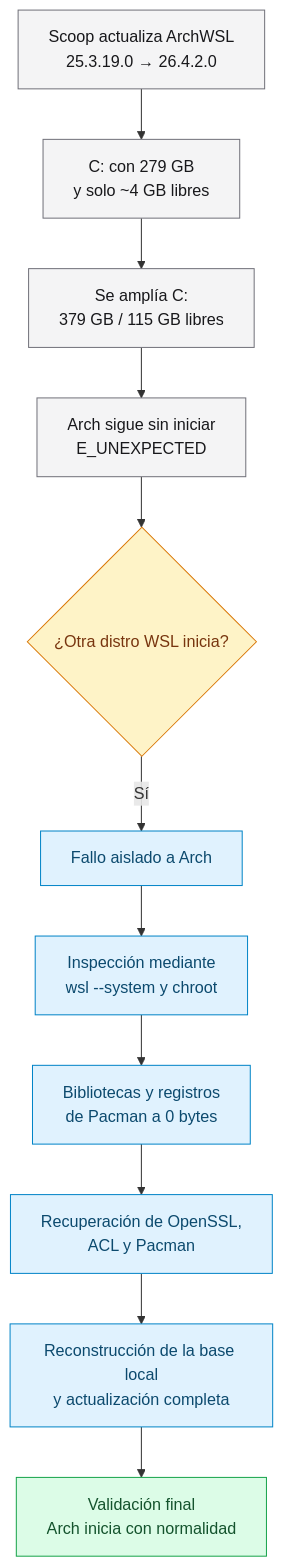
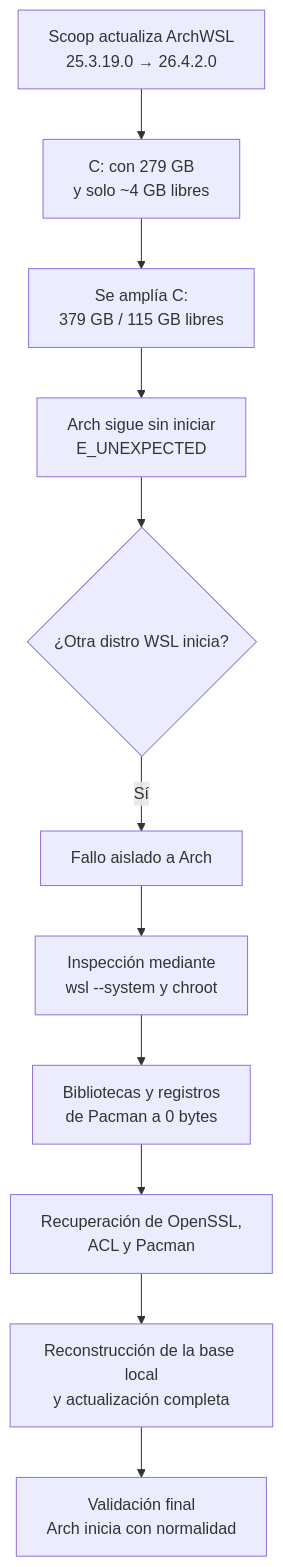
Before and after one commit to nuclidigital/garden: the diagram in content/cuaderno/arch-wsl2-e-unexpected-informe.md, drawn with Mermaid. The commit also changed other lines of this file and 15 other files, not shown here.

````diff
--- a/content/cuaderno/arch-wsl2-e-unexpected-informe.md
+++ b/content/cuaderno/arch-wsl2-e-unexpected-informe.md
@@ -42,23 +38,18 @@
 ```mermaid
 flowchart TD
     A["Scoop actualiza ArchWSL<br/>25.3.19.0 → 26.4.2.0"] --> B["C: con 279 GB<br/>y solo ~4 GB libres"]
     B --> C["Se amplía C:<br/>379 GB / 115 GB libres"]
     C --> D["Arch sigue sin iniciar<br/>E_UNEXPECTED"]
     D --> E{"¿Otra distro WSL inicia?"}
     E -- "Sí" --> F["Fallo aislado a Arch"]
     F --> G["Inspección mediante<br/>wsl --system y chroot"]
     G --> H["Bibliotecas y registros<br/>de Pacman a 0 bytes"]
     H --> I["Recuperación de OpenSSL,<br/>ACL y Pacman"]
     I --> J["Reconstrucción de la base local<br/>y actualización completa"]
     J --> K["Validación final<br/>Arch inicia con normalidad"]
 
-    classDef start fill:#f4f4f5,stroke:#71717a,color:#18181b;
-    classDef decision fill:#fef3c7,stroke:#d97706,color:#78350f;
-    classDef repair fill:#e0f2fe,stroke:#0284c7,color:#0c4a6e;
-    classDef success fill:#dcfce7,stroke:#16a34a,color:#14532d;
-
     class A,B,C,D start;
     class E decision;
     class F,G,H,I,J repair;
     class K success;
 ```
````
